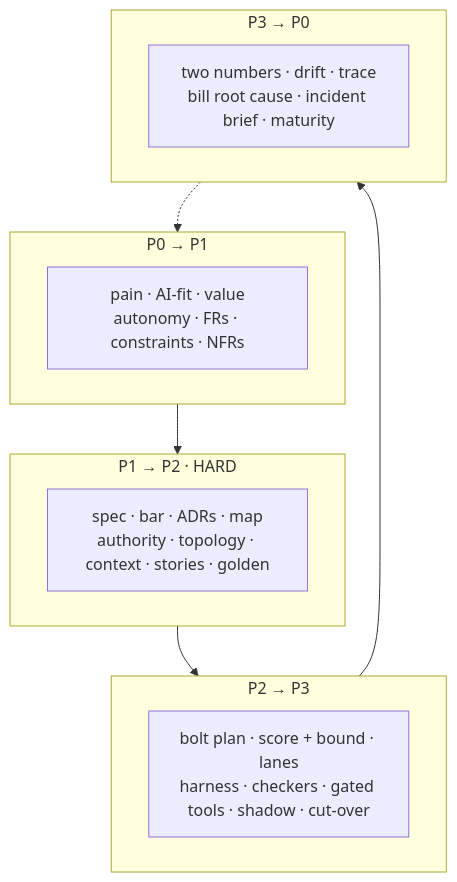
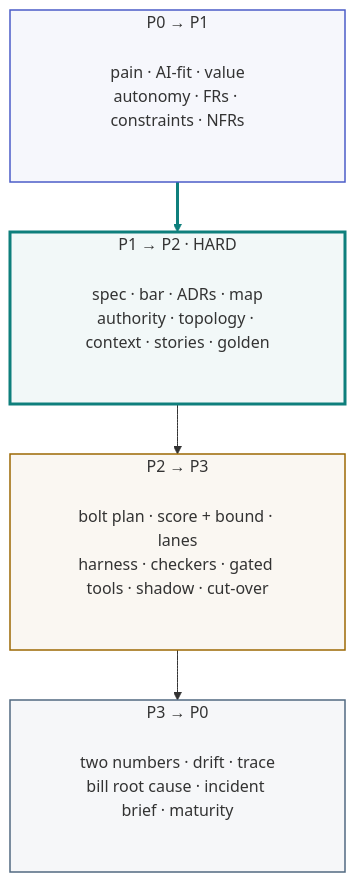
One commit to akash-coded/aws-bedrock-agentcore-strands changed the diagram in wiki/The-Evidence-Pack.md. Above: the diagram before and after it, drawn with Mermaid. The commit also changed 19 other files, not shown here.

````diff
--- a/wiki/The-Evidence-Pack.md
+++ b/wiki/The-Evidence-Pack.md
@@ -310,17 +310,24 @@
 ```mermaid
 flowchart TD
   subgraph A["P0 → P1"]
     A1["pain · AI-fit · value<br/>autonomy · FRs · constraints · NFRs"]
   end
   subgraph B["P1 → P2 · HARD"]
     B1["spec · bar · ADRs · map<br/>authority · topology · context · stories · golden"]
   end
   subgraph C["P2 → P3"]
     C1["bolt plan · score + bound · lanes<br/>harness · checkers · gated tools · shadow · cut-over"]
   end
   subgraph D["P3 → P0"]
     D1["two numbers · drift · trace<br/>bill root cause · incident brief · maturity"]
   end
   A --> B --> C --> D
-  D -.-> A
+
+  classDef h fill:none,stroke:none
+  class A1,B1,C1,D1 h
+  style A fill:#4B5CC80D,stroke:#4B5CC8,stroke-width:1.5px
+  style B fill:#0E7F7C0D,stroke:#0E7F7C,stroke-width:3px
+  style C fill:#9C68030D,stroke:#9C6803,stroke-width:1.5px
+  style D fill:#5169810D,stroke:#516981,stroke-width:1.5px
+  linkStyle 0 stroke:#0E7F7C,stroke-width:3px
 ```
````
